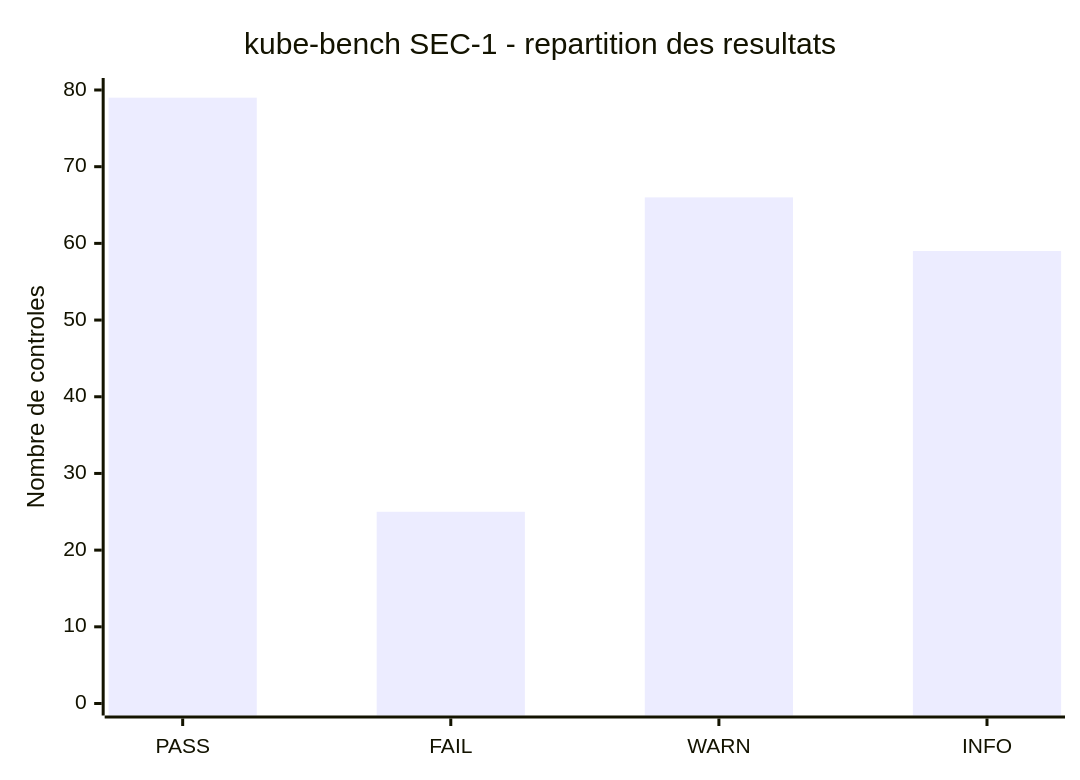
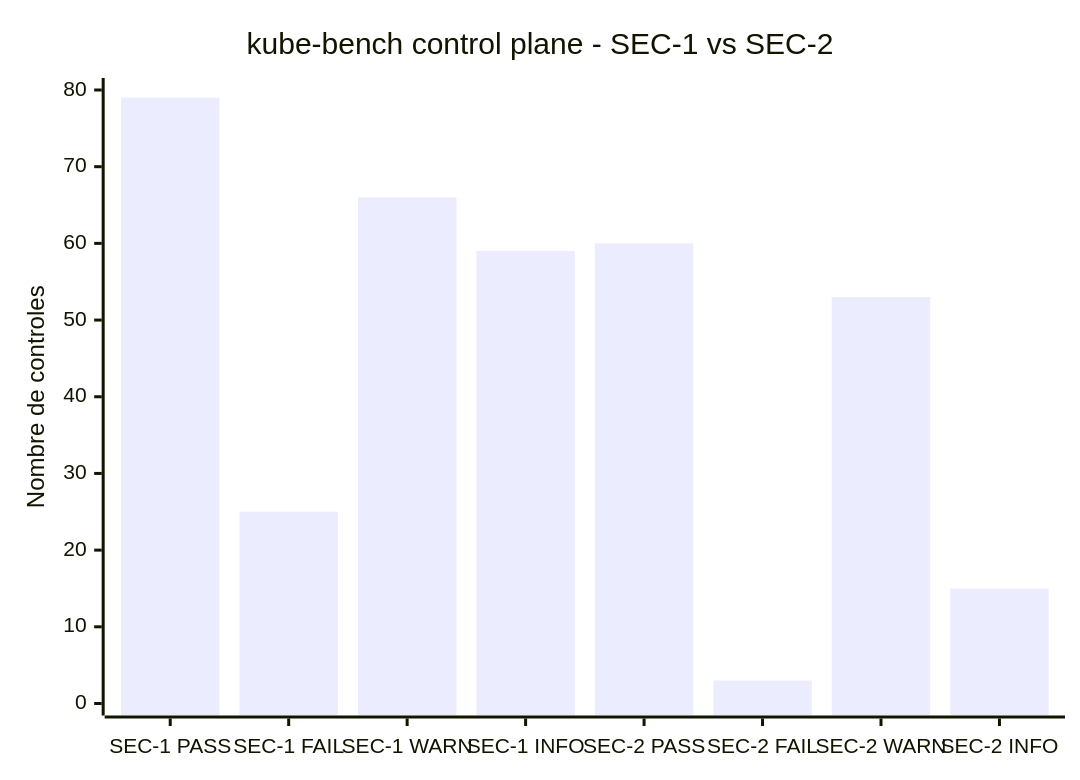
One commit to Techapple78/Deploy_LGTM changed the first of 2 diagrams in docs/09-hardening-audit.md. Above: the diagram before and after it, drawn with Mermaid. The commit also changed other lines of this file and 2 other files, not shown here.

Commit message:
docs(security): publish phase 6 kube-bench results

````diff
--- a/docs/09-hardening-audit.md
+++ b/docs/09-hardening-audit.md
@@ -51,7 +52,7 @@
 ```mermaid
 xychart-beta
-  title "kube-bench SEC-1 - repartition des resultats"
-  x-axis ["PASS", "FAIL", "WARN", "INFO"]
+  title "kube-bench control plane - SEC-1 vs SEC-2"
+  x-axis ["SEC-1 PASS", "SEC-1 FAIL", "SEC-1 WARN", "SEC-1 INFO", "SEC-2 PASS", "SEC-2 FAIL", "SEC-2 WARN", "SEC-2 INFO"]
   y-axis "Nombre de controles" 0 --> 80
-  bar [79, 25, 66, 59]
+  bar [79, 25, 66, 59, 60, 3, 53, 15]
 ```
````
